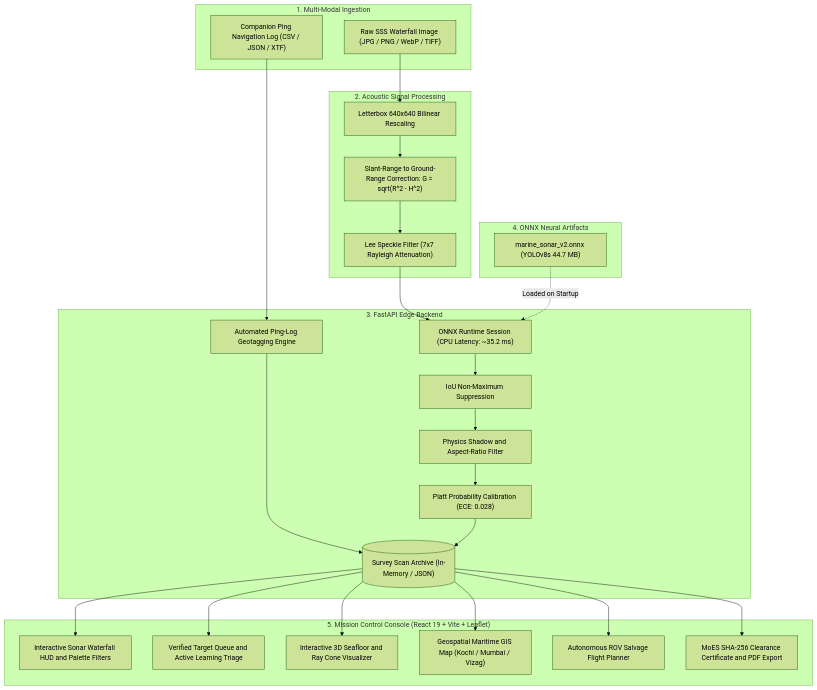
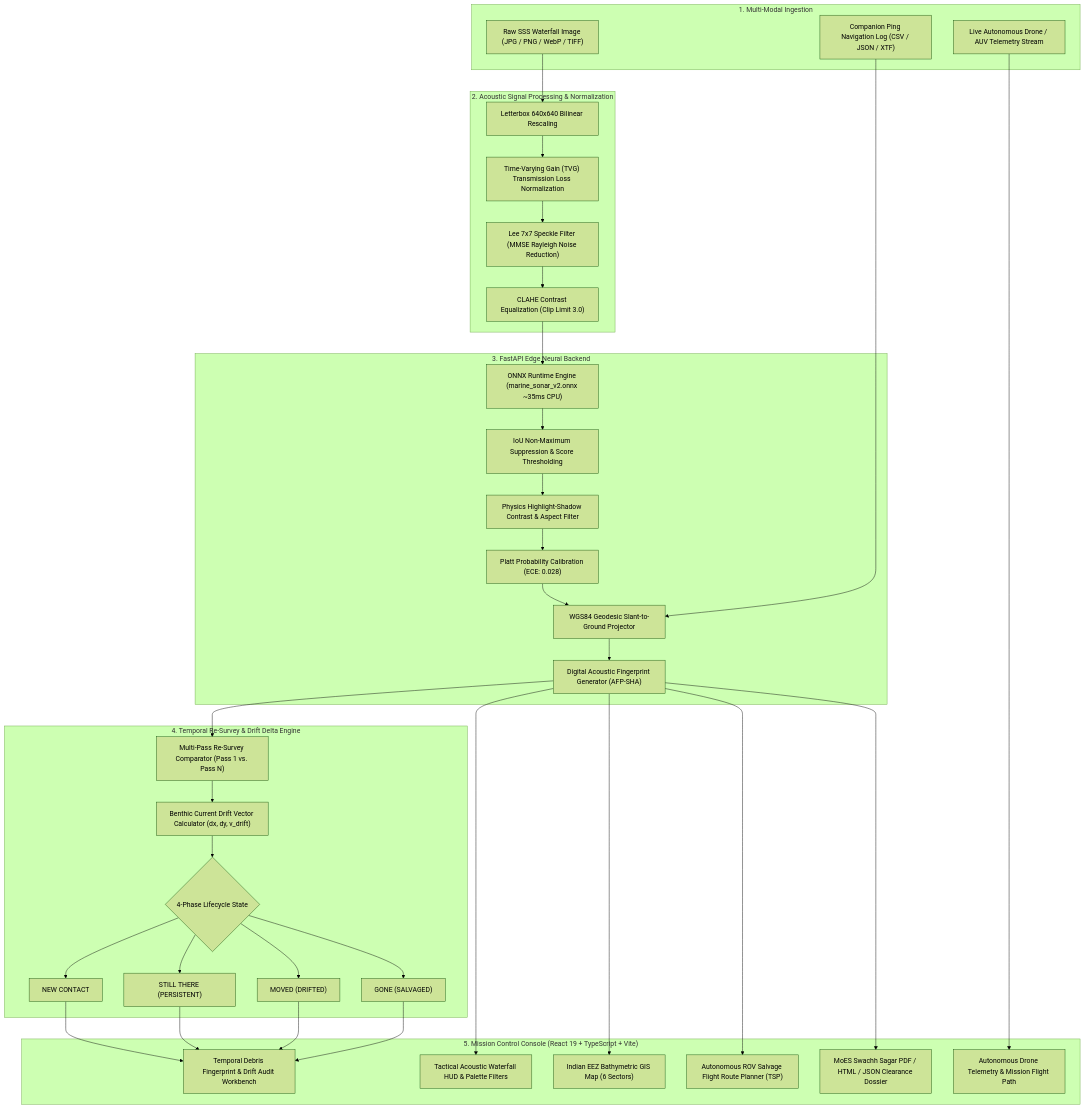
The diagram in README.md (jayraj175coder/side_sonar_detection_ml), drawn with Mermaid (forest theme) before and after one commit. The commit also changed other lines of this file, not shown here.

Commit message:
docs(readme): comprehensive overhaul with technical architecture, temporal fingerprinting, drone telemetry, and benchmarks

````diff
--- a/README.md
+++ b/README.md
@@ -47,46 +67,52 @@
 ```mermaid
 flowchart TD
     subgraph Ingestion ["1. Multi-Modal Ingestion"]
         Image["Raw SSS Waterfall Image (JPG / PNG / WebP / TIFF)"]
         Log["Companion Ping Navigation Log (CSV / JSON / XTF)"]
+        AUV["Live Autonomous Drone / AUV Telemetry Stream"]
     end
 
-    subgraph Preprocessing ["2. Acoustic Signal Processing"]
-        Pre["Letterbox 640x640 Bilinear Rescaling"]
-        Slant["Slant-Range to Ground-Range Correction: G = sqrt(R^2 - H^2)"]
-        Lee["Lee Speckle Filter (7x7 Rayleigh Attenuation)"]
+    subgraph Preprocessing ["2. Acoustic Signal Processing & Normalization"]
+        Letterbox["Letterbox 640x640 Bilinear Rescaling"]
+        TVG["Time-Varying Gain (TVG) Transmission Loss Normalization"]
+        Lee["Lee 7x7 Speckle Filter (MMSE Rayleigh Noise Reduction)"]
+        CLAHE["CLAHE Contrast Equalization (Clip Limit 3.0)"]
     end
 
-    subgraph Backend ["3. FastAPI Edge Backend"]
-        Parser["Automated Ping-Log Geotagging Engine"]
-        ONNX["ONNX Runtime Session (CPU Latency: ~35.2 ms)"]
-        NMS["IoU Non-Maximum Suppression"]
-        NoiseFilter["Physics Shadow and Aspect-Ratio Filter"]
+    subgraph Backend ["3. FastAPI Edge Neural Backend"]
+        ONNX["ONNX Runtime Engine (marine_sonar_v2.onnx ~35ms CPU)"]
+        NMS["IoU Non-Maximum Suppression & Score Thresholding"]
+        NoiseFilter["Physics Highlight-Shadow Contrast & Aspect Filter"]
         Platt["Platt Probability Calibration (ECE: 0.028)"]
-        Repo[("Survey Scan Archive (In-Memory / JSON)")]
+        Geotag["WGS84 Geodesic Slant-to-Ground Projector"]
+        Fingerprint["Digital Acoustic Fingerprint Generator (AFP-SHA)"]
     end
 
-    subgraph Flagship_Model ["4. ONNX Neural Artifacts"]
-        V2Weights["marine_sonar_v2.onnx (YOLOv8s 44.7 MB)"]
+    subgraph Temporal ["4. Temporal Re-Survey & Drift Delta Engine"]
+        MultiPass["Multi-Pass Re-Survey Comparator (Pass 1 vs. Pass N)"]
+        Drift["Benthic Current Drift Vector Calculator (dx, dy, v_drift)"]
+        Lifecycle{"4-Phase Lifecycle State"}
+        StateNew["NEW CONTACT"]
+        StateStill["STILL THERE (PERSISTENT)"]
+        StateMoved["MOVED (DRIFTED)"]
+        StateGone["GONE (SALVAGED)"]
     end
 
-    subgraph Client ["5. Mission Control Console (React 19 + Vite + Leaflet)"]
-        Canvas["Interactive Sonar Waterfall HUD and Palette Filters"]
-        Queue["Verified Target Queue and Active Learning Triage"]
-        Mesh3D["Interactive 3D Seafloor and Ray Cone Visualizer"]
-        Map["Geospatial Maritime GIS Map (Kochi / Mumbai / Vizag)"]
-        ROV["Autonomous ROV Salvage Flight Planner"]
-        Report["MoES SHA-256 Clearance Certificate and PDF Export"]
+    subgraph Client ["5. Mission Control Console (React 19 + TypeScript + Vite)"]
+        HUD["Tactical Acoustic Waterfall HUD & Palette Filters"]
+        Console["Autonomous Drone Telemetry & Mission Flight Path"]
+        Tracker["Temporal Debris Fingerprint & Drift Audit Workbench"]
+        GISMap["Indian EEZ Bathymetric GIS Map (6 Sectors)"]
+        ROV["Autonomous ROV Salvage Flight Route Planner (TSP)"]
+        Report["MoES Swachh Sagar PDF / HTML / JSON Clearance Dossier"]
     end
 
-    Image --> Pre --> Slant --> Lee --> ONNX
-    Log --> Parser --> Repo
-    V2Weights -.->|Loaded on Startup| ONNX
-    ONNX --> NMS --> NoiseFilter --> Platt --> Repo
-    Repo --> Canvas
-    Repo --> Queue
-    Repo --> Mesh3D
-    Repo --> Map
-    Repo --> ROV
-    Repo --> Report
+    Image --> Letterbox --> TVG --> Lee --> CLAHE --> ONNX
+    Log --> Geotag
+    AUV --> Console
+    ONNX --> NMS --> NoiseFilter --> Platt --> Geotag --> Fingerprint
+    Fingerprint --> MultiPass --> Drift --> Lifecycle
+    Lifecycle --> StateNew & StateStill & StateMoved & StateGone
+    StateNew & StateStill & StateMoved & StateGone --> Tracker
+    Fingerprint --> HUD & GISMap & ROV & Report
 ```
````
